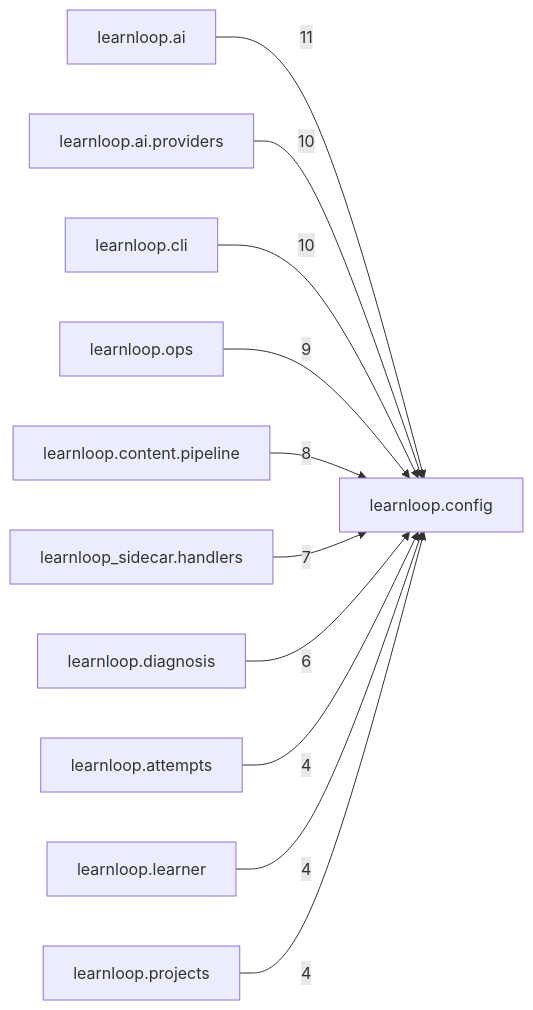
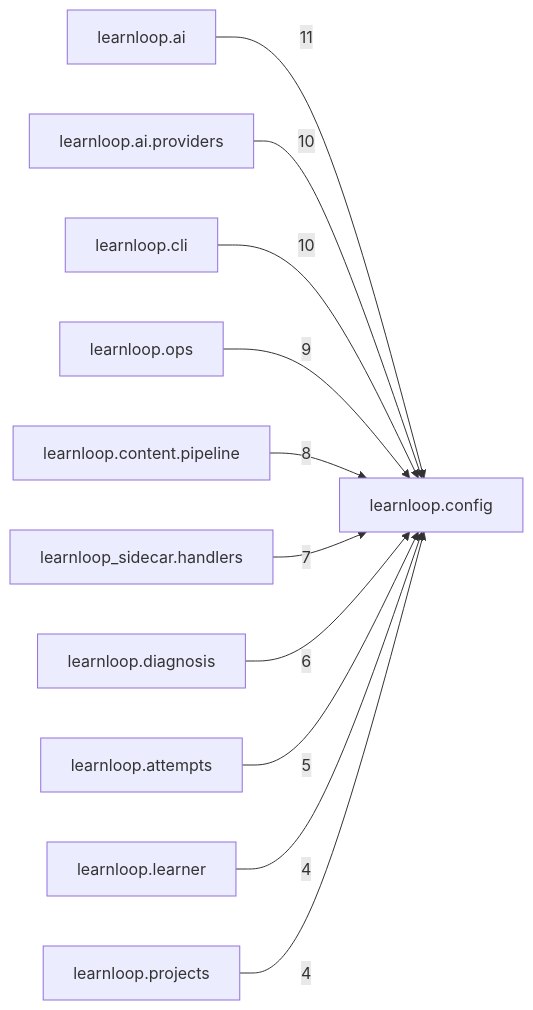
Before and after one commit to 6up-b/learnanything: the diagram in docs/learnloop-architecture-vault/Reference/Modules/learnloop/config/_package.md, drawn with Mermaid. The commit also changed other lines of this file and 258 other files, not shown here.

````diff
--- a/docs/learnloop-architecture-vault/Reference/Modules/learnloop/config/_package.md
+++ b/docs/learnloop-architecture-vault/Reference/Modules/learnloop/config/_package.md
@@ -110,24 +112,24 @@
 ```mermaid
 flowchart LR
     center["learnloop.config"]
     n_learnloop_ai["learnloop.ai"]
     n_learnloop_ai_providers["learnloop.ai.providers"]
     n_learnloop_cli["learnloop.cli"]
     n_learnloop_ops["learnloop.ops"]
     n_learnloop_content_pipeline["learnloop.content.pipeline"]
     n_learnloop_sidecar_handlers["learnloop_sidecar.handlers"]
     n_learnloop_diagnosis["learnloop.diagnosis"]
     n_learnloop_attempts["learnloop.attempts"]
     n_learnloop_learner["learnloop.learner"]
     n_learnloop_projects["learnloop.projects"]
     n_learnloop_ai -->|11| center
     n_learnloop_ai_providers -->|10| center
     n_learnloop_cli -->|10| center
     n_learnloop_ops -->|9| center
     n_learnloop_content_pipeline -->|8| center
     n_learnloop_sidecar_handlers -->|7| center
     n_learnloop_diagnosis -->|6| center
-    n_learnloop_attempts -->|4| center
+    n_learnloop_attempts -->|5| center
     n_learnloop_learner -->|4| center
     n_learnloop_projects -->|4| center
 ```
````
